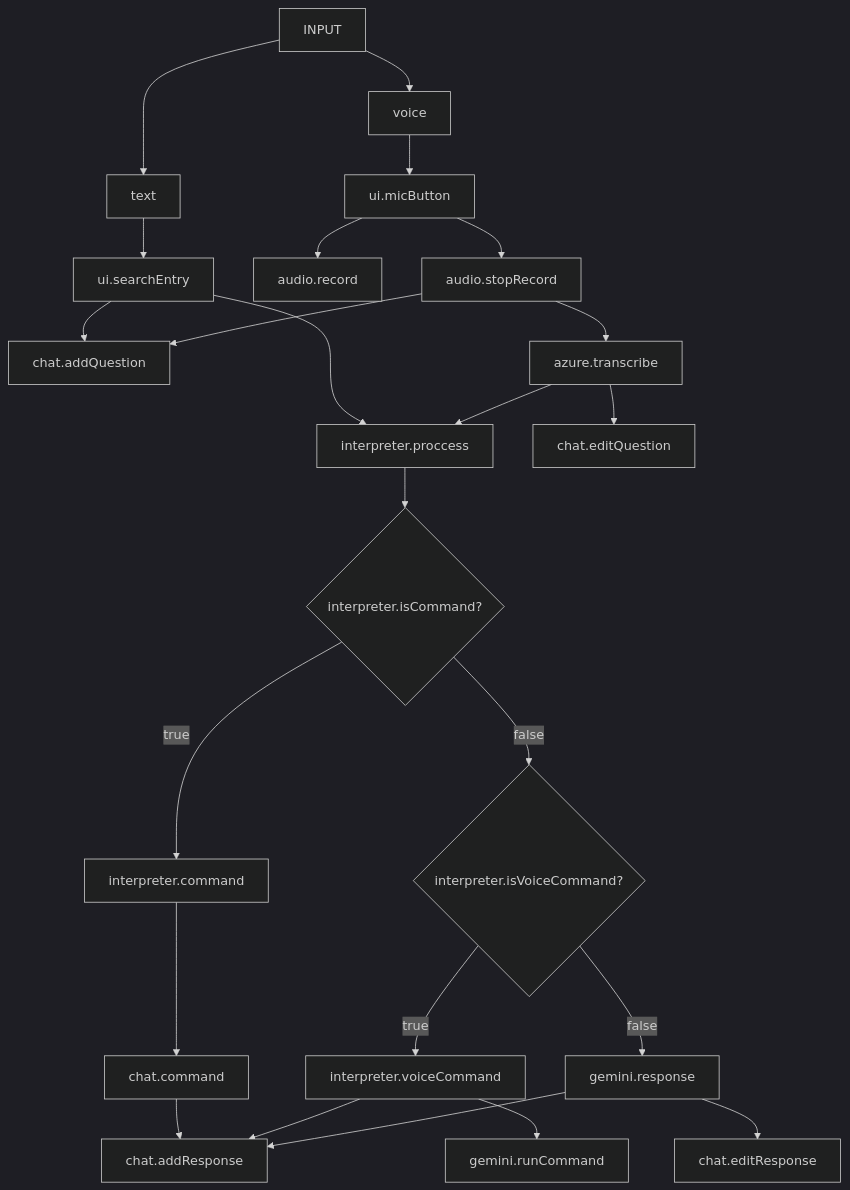
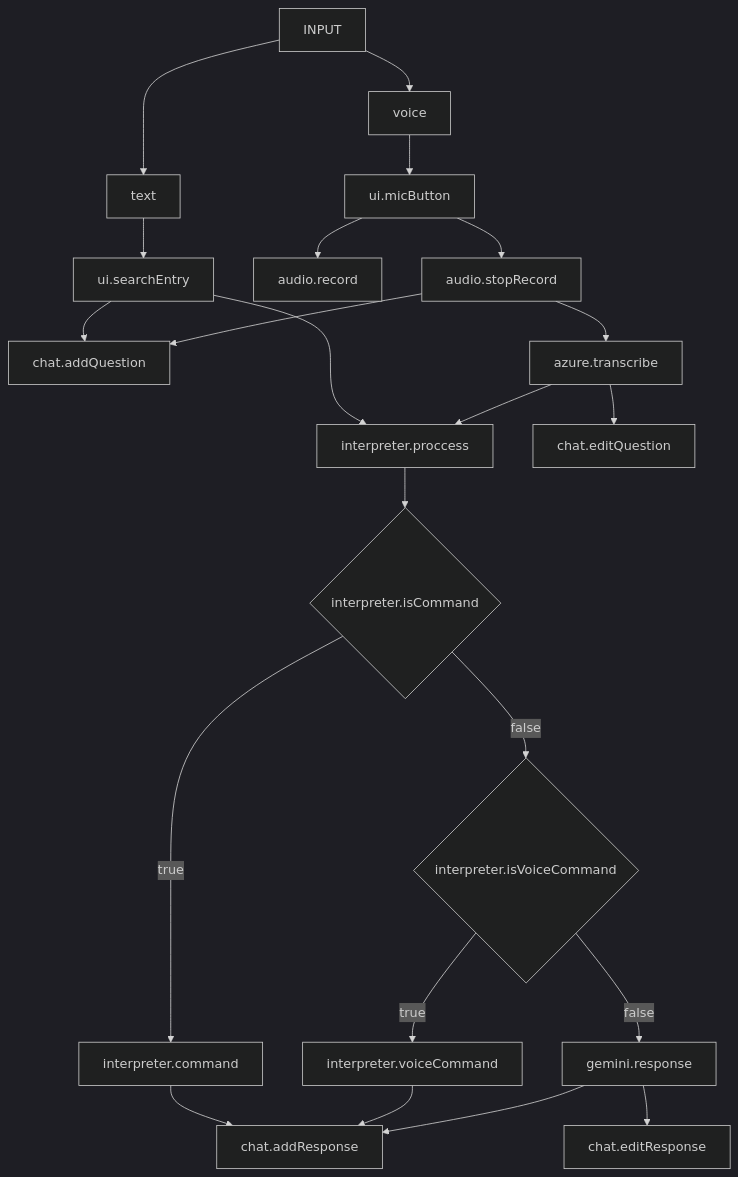
Before and after one commit to hermannhahn/aiva: the diagram in Flowchart.md, drawn with Mermaid (dark theme). The commit also changed 1 other file, not shown here.

````diff
--- a/Flowchart.md
+++ b/Flowchart.md
@@ -1,32 +1,30 @@
 ```mermaid
 graph TD
     %% INPUT
     INPUT[INPUT] --> INPUT_TEXT
     INPUT --> INPUT_VOICE
 
     %% TEXT
     INPUT_TEXT[text] --> SEARCH_ENTRY[ui.searchEntry]
     SEARCH_ENTRY --> ADD_QUESTION[chat.addQuestion]
     SEARCH_ENTRY --> PROCCESS[interpreter.proccess]
 
     %% VOICE
     INPUT_VOICE[voice] --> MIC_BUTTON[ui.micButton]
     MIC_BUTTON --> RECORD[audio.record]
     MIC_BUTTON --> STOP_RECORD[audio.stopRecord]
 
     %% Audio
     STOP_RECORD --> ADD_QUESTION
     STOP_RECORD --> TRANSCRIBE[azure.transcribe]
     TRANSCRIBE --> EDIT_QUESTION[chat.editQuestion]
     TRANSCRIBE --> PROCCESS
 
     %% Interpreter
-    PROCCESS --> IS_COMMAND{interpreter.isCommand?}
-    IS_COMMAND -- true --> COMMAND[interpreter.command] --> CHAT_COMMAND[chat.command]
-    CHAT_COMMAND[chat.command] --> ADD_RESPONSE[chat.addResponse]
-    IS_COMMAND -- false --> IS_VOICE_COMMAND{interpreter.isVoiceCommand?}
-    IS_VOICE_COMMAND -- true --> VOICE_COMMAND[interpreter.voiceCommand] --> RUN_COMMAND[gemini.runCommand]
-    VOICE_COMMAND --> ADD_RESPONSE
+    PROCCESS --> IS_COMMAND{interpreter.isCommand}
+    IS_COMMAND -- true --> COMMAND[interpreter.command] --> ADD_RESPONSE[chat.addResponse]
+    IS_COMMAND -- false --> IS_VOICE_COMMAND{interpreter.isVoiceCommand}
+    IS_VOICE_COMMAND -- true --> VOICE_COMMAND[interpreter.voiceCommand] --> ADD_RESPONSE
     IS_VOICE_COMMAND -- false --> RESPONSE[gemini.response] --> ADD_RESPONSE[chat.addResponse]
     RESPONSE --> EDIT_RESPONSE[chat.editResponse]
 ```
````
